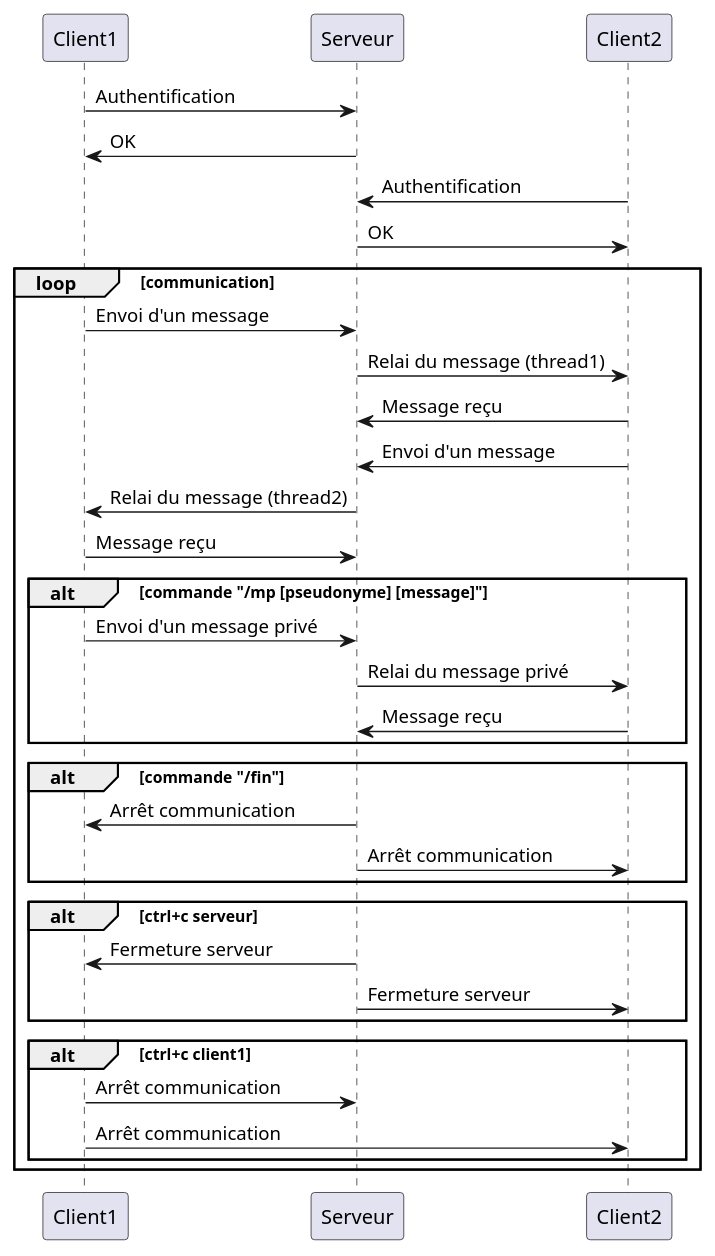
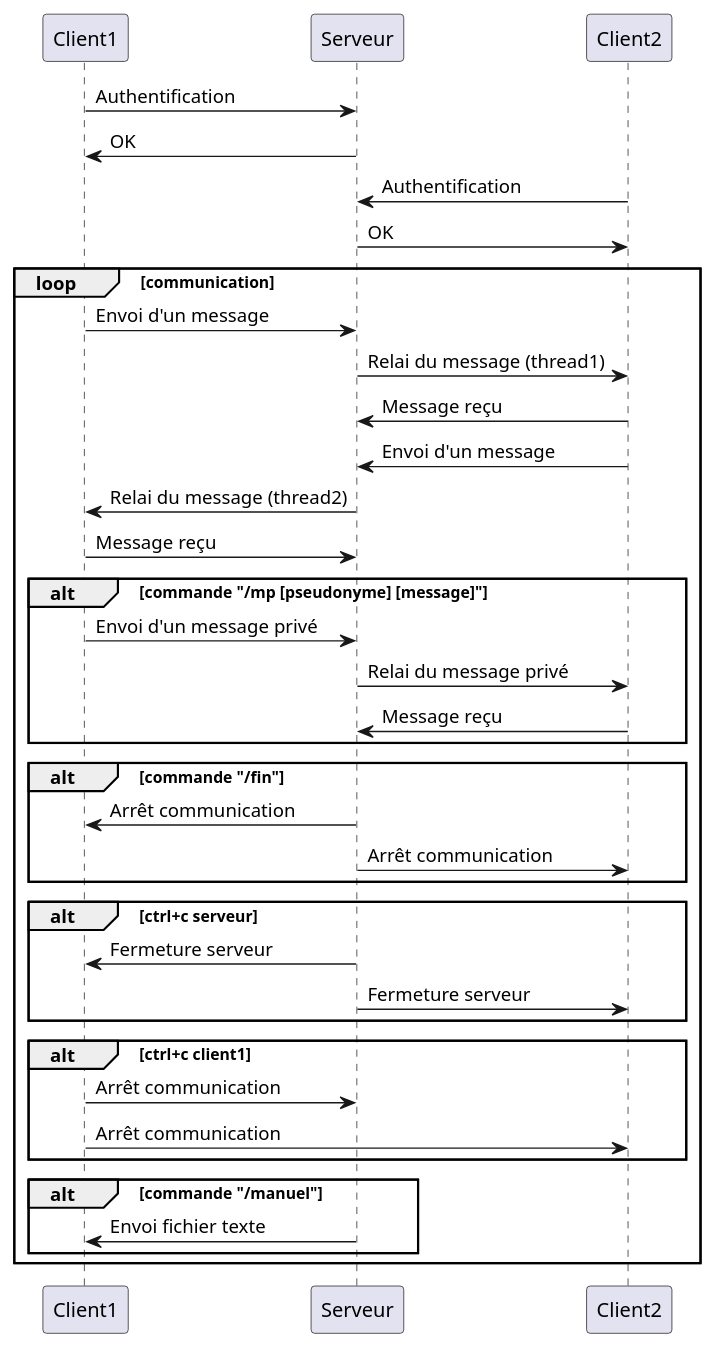
One commit to DisaroSkell/raipon_FDP changed the diagram in diagseqV2.plantuml. Above: the diagram before and after it, drawn with PlantUML. The commit also changed 1 other file, not shown here.

```diff
--- a/diagseqV2.plantuml
+++ b/diagseqV2.plantuml
@@ -1,32 +1,35 @@
 @startuml
 
 Client1 -> Serveur: Authentification
 Serveur -> Client1: OK
 Client2 -> Serveur: Authentification
 Serveur -> Client2: OK
 loop communication
   Client1 -> Serveur: Envoi d'un message
   Serveur -> Client2: Relai du message (thread1)
   Client2 -> Serveur: Message reçu
   Client2 -> Serveur: Envoi d'un message
   Serveur -> Client1: Relai du message (thread2)
   Client1 -> Serveur: Message reçu
   alt commande "/mp [pseudonyme] [message]"
     Client1 -> Serveur: Envoi d'un message privé
     Serveur -> Client2: Relai du message privé
     Client2 -> Serveur: Message reçu
   end
   alt commande "/fin"
     Serveur -> Client1: Arrêt communication
     Serveur -> Client2: Arrêt communication
   end
   alt ctrl+c serveur
     Serveur -> Client1: Fermeture serveur
     Serveur -> Client2 : Fermeture serveur
   end
   alt ctrl+c client1
     Client1 -> Serveur: Arrêt communication
     Client1 -> Client2: Arrêt communication
   end
+  alt commande "/manuel"
+    Serveur -> Client1: Envoi fichier texte
+  end
 end
 @enduml
```
